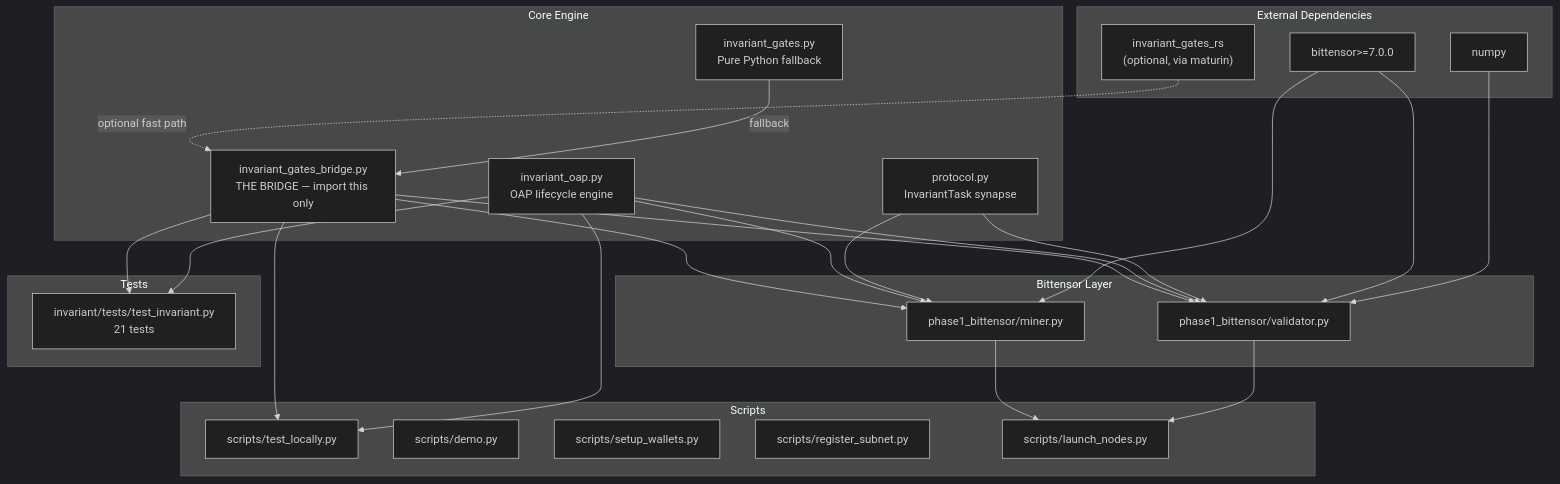
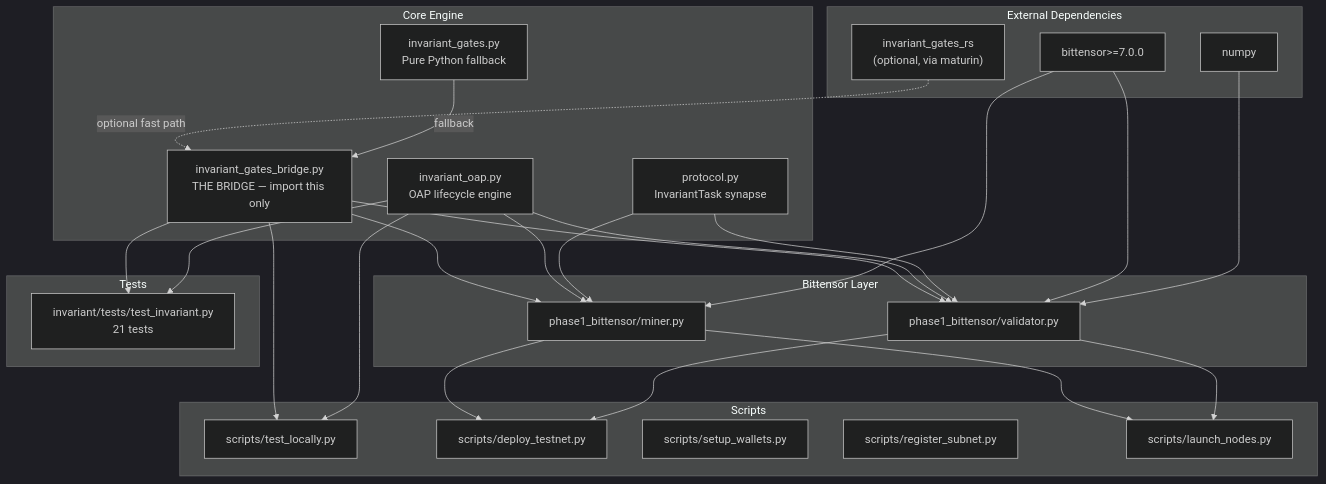
Diagram 11 of 15 in ARCHITECTURE.md (orthonode/invariant), drawn with Mermaid (dark theme) before and after one commit. The commit also changed 6 other files, not shown here.

````diff
--- a/ARCHITECTURE.md
+++ b/ARCHITECTURE.md
@@ -465,43 +465,43 @@
 ```mermaid
 graph TD
     subgraph EXTERNAL["External Dependencies"]
         BT["bittensor>=7.0.0"]
         NP["numpy"]
         RUST_EXT["invariant_gates_rs\n(optional, via maturin)"]
     end
 
     subgraph CORE["Core Engine"]
         BRIDGE["invariant_gates_bridge.py\nTHE BRIDGE — import this only"]
         GATES_PY["invariant_gates.py\nPure Python fallback"]
         OAP["invariant_oap.py\nOAP lifecycle engine"]
         PROTO["protocol.py\nInvariantTask synapse"]
     end
 
     subgraph BITTENSOR_LAYER["Bittensor Layer"]
         MINER_BT["phase1_bittensor/miner.py"]
         VALIDATOR_BT["phase1_bittensor/validator.py"]
     end
 
     subgraph SCRIPTS_LAYER["Scripts"]
         TEST_LOCAL["scripts/test_locally.py"]
-        DEMO["scripts/demo.py"]
+        DEPLOY["scripts/deploy_testnet.py"]
         SETUP_W["scripts/setup_wallets.py"]
         REG_S["scripts/register_subnet.py"]
         LAUNCH["scripts/launch_nodes.py"]
     end
 
     subgraph TESTS["Tests"]
         PYTEST["invariant/tests/test_invariant.py\n21 tests"]
     end
 
     RUST_EXT -.->|"optional fast path"| BRIDGE
     GATES_PY -->|"fallback"| BRIDGE
     BRIDGE --> MINER_BT & VALIDATOR_BT
     OAP --> MINER_BT & VALIDATOR_BT
     PROTO --> MINER_BT & VALIDATOR_BT
     BT --> MINER_BT & VALIDATOR_BT
     NP --> VALIDATOR_BT
     BRIDGE --> TEST_LOCAL & PYTEST
     OAP --> TEST_LOCAL & PYTEST
-    MINER_BT & VALIDATOR_BT --> LAUNCH
+    MINER_BT & VALIDATOR_BT --> LAUNCH & DEPLOY
 ```
````
